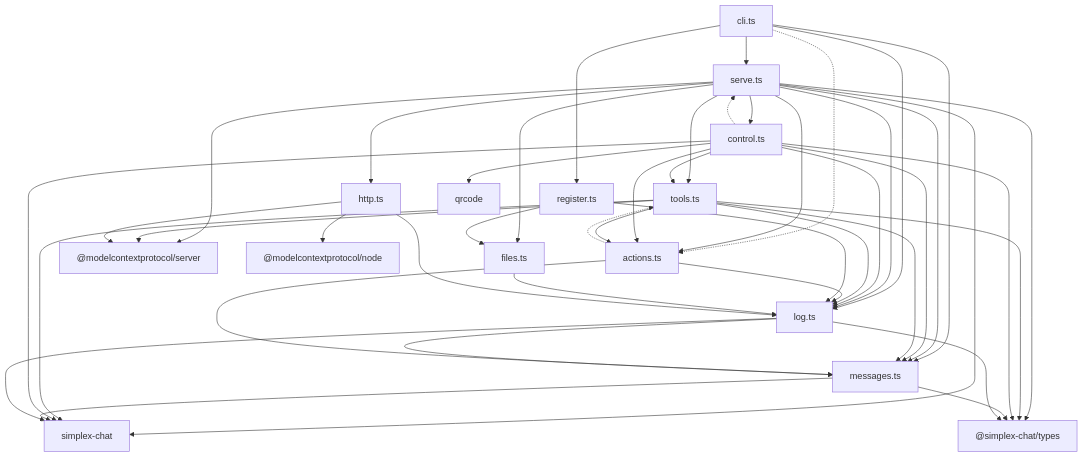
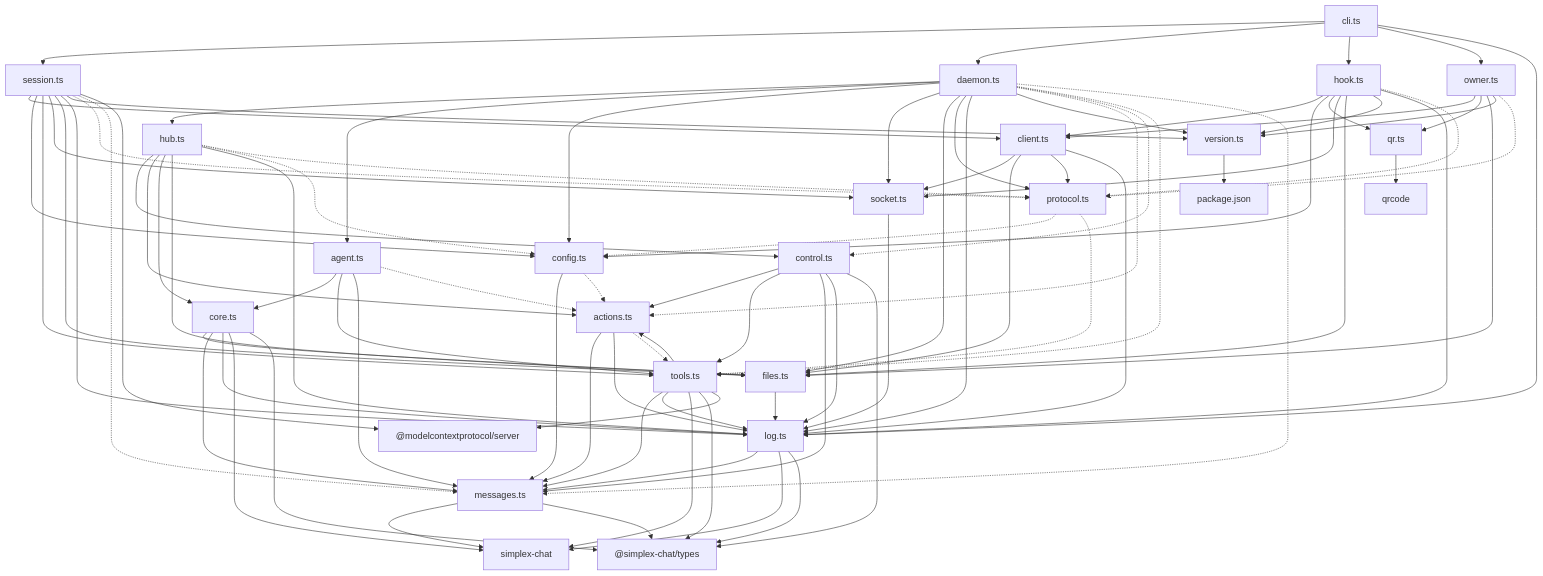
The diagram in packages/simplex-chat-mcp/spec/README.md (simplex-chat/simplex-chat), drawn with Mermaid before and after one commit. The commit also changed other lines of this file and 7 other files, not shown here.

````diff
--- a/packages/simplex-chat-mcp/spec/README.md
+++ b/packages/simplex-chat-mcp/spec/README.md
@@ -34,46 +34,90 @@
 ```mermaid
 graph TD
-  cli["cli.ts"] --> serve["serve.ts"]
-  cli --> register["register.ts"]
-  cli --> messages["messages.ts"]
+  cli["cli.ts"] --> session["session.ts"]
+  cli --> daemon["daemon.ts"]
+  cli --> hook["hook.ts"]
+  cli --> owner["owner.ts"]
   cli --> log["log.ts"]
-  cli -.-> actions["actions.ts"]
-  serve --> control["control.ts"]
-  serve --> tools["tools.ts"]
-  serve --> actions
-  serve --> http["http.ts"]
-  serve --> files["files.ts"]
-  serve --> messages
-  serve --> log
+  session --> client["client.ts"]
+  session --> config["config.ts"]
+  session --> tools["tools.ts"]
+  session --> socket["socket.ts"]
+  session --> files["files.ts"]
+  session --> log
+  session --> version["version.ts"]
+  session -.-> protocol["protocol.ts"]
+  session -.-> messages["messages.ts"]
+  hook --> client
+  hook --> config
+  hook --> qr["qr.ts"]
+  hook --> socket
+  hook --> files
+  hook --> version
+  hook --> log
+  hook -.-> protocol
+  owner --> client
+  owner --> qr
+  owner --> files
+  owner --> version
+  owner -.-> protocol
+  client --> socket
+  client --> files
+  client --> protocol
+  client --> log
+  daemon --> hub["hub.ts"]
+  daemon --> agent["agent.ts"]
+  daemon --> config
+  daemon --> socket
+  daemon --> files
+  daemon --> protocol
+  daemon --> log
+  daemon --> version
+  daemon -.-> actions["actions.ts"]
+  daemon -.-> control["control.ts"]
+  daemon -.-> tools
+  daemon -.-> messages
+  hub --> control
+  hub --> actions
+  hub --> core["core.ts"]
+  hub --> files
+  hub --> log
+  hub -.-> config
+  hub -.-> protocol
+  agent --> core
+  agent --> tools
+  agent --> messages
+  agent -.-> actions
+  core --> files
+  core --> messages
+  core --> log
+  control --> actions
   control --> tools
-  control --> actions
   control --> messages
   control --> log
-  control -.-> serve
   tools --> actions
   tools --> messages
   tools --> log
   actions --> messages
   actions --> log
   actions -.-> tools
-  register --> files
-  register --> log
+  config --> messages
+  config -.-> actions
+  protocol -.-> config
+  protocol -.-> tools
   files --> log
-  http --> log
+  socket --> log
   log --> messages
-  serve --> sc["simplex-chat"]
+  core --> sc["simplex-chat"]
   tools --> sc
-  control --> sc
   messages --> sc
   log --> sc
-  serve --> types["@simplex-chat/types"]
+  core --> types["@simplex-chat/types"]
   tools --> types
   control --> types
   messages --> types
   log --> types
-  serve --> mcps["@modelcontextprotocol/server"]
+  session --> mcps["@modelcontextprotocol/server"]
   tools --> mcps
-  http --> mcps
-  http --> mcpn["@modelcontextprotocol/node"]
-  control --> qr["qrcode"]
+  qr --> qrcode["qrcode"]
+  version --> pkg["package.json"]
 ```
````
